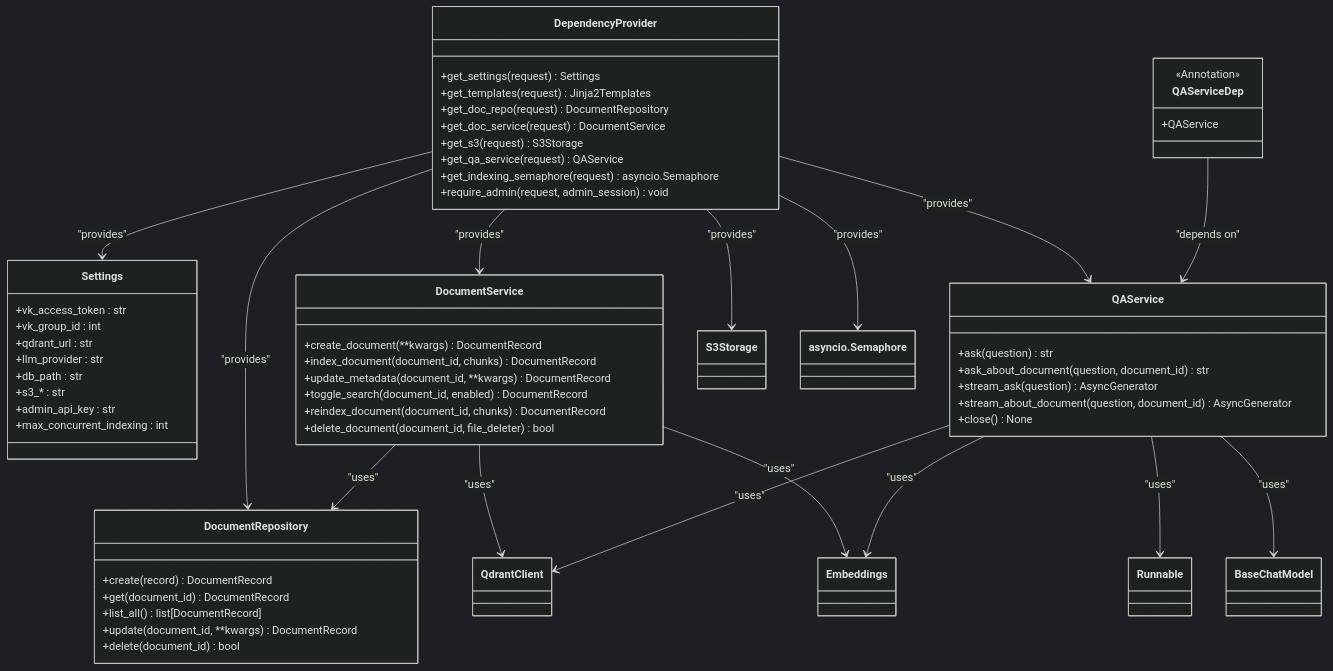
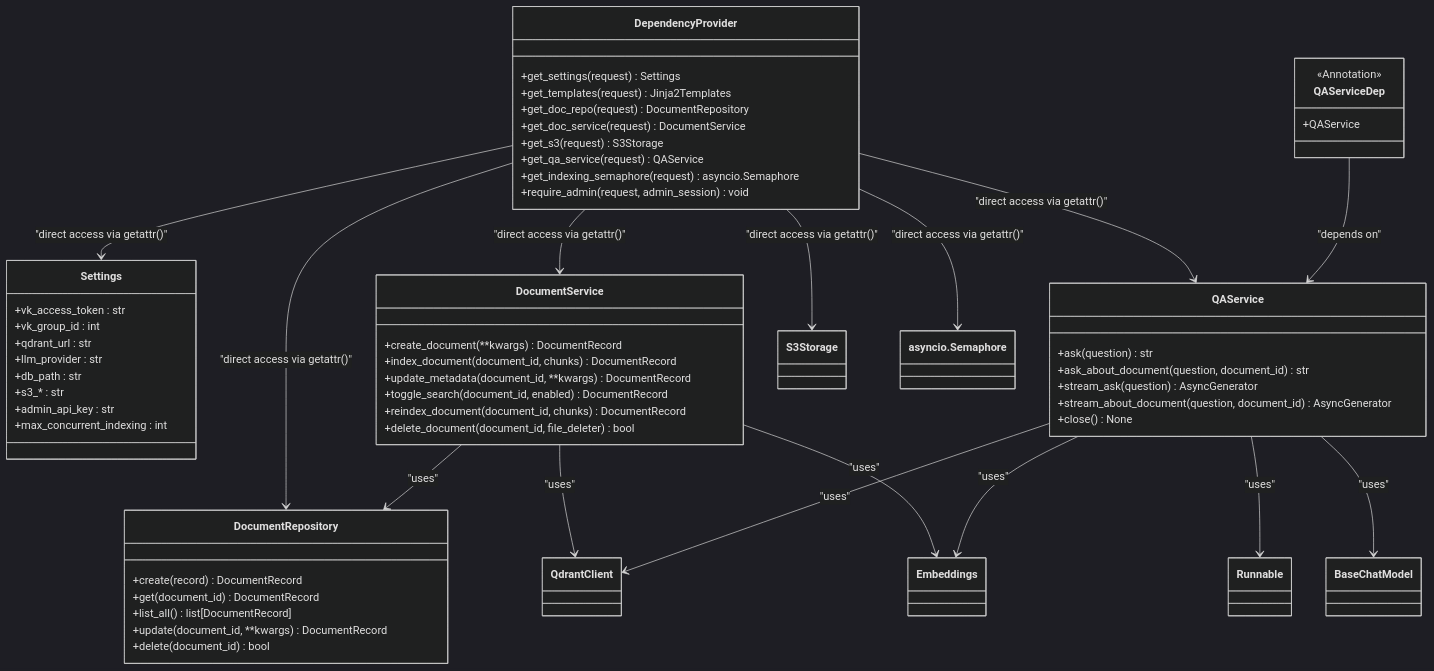
The fourth of 8 diagrams in .qoder/repowiki/en/content/API Reference/Dependency Injection System.md (ognelis/cafetera_hr_bot), drawn with Mermaid (dark theme) before and after one commit. The commit also changed other lines of this file and 20 other files, not shown here.

````diff
--- a/.qoder/repowiki/en/content/API Reference/Dependency Injection System.md
+++ b/.qoder/repowiki/en/content/API Reference/Dependency Injection System.md
@@ -235,63 +235,63 @@
 ```mermaid
 classDiagram
 class DependencyProvider {
 +get_settings(request) Settings
 +get_templates(request) Jinja2Templates
 +get_doc_repo(request) DocumentRepository
 +get_doc_service(request) DocumentService
 +get_s3(request) S3Storage
 +get_qa_service(request) QAService
 +get_indexing_semaphore(request) asyncio.Semaphore
 +require_admin(request, admin_session) void
 }
 class Settings {
 +vk_access_token : str
 +vk_group_id : int
 +qdrant_url : str
 +llm_provider : str
 +db_path : str
 +s3_* : str
 +admin_api_key : str
 +max_concurrent_indexing : int
 }
 class DocumentRepository {
 +create(record) DocumentRecord
 +get(document_id) DocumentRecord
 +list_all() list[DocumentRecord]
 +update(document_id, **kwargs) DocumentRecord
 +delete(document_id) bool
 }
 class DocumentService {
 +create_document(**kwargs) DocumentRecord
 +index_document(document_id, chunks) DocumentRecord
 +update_metadata(document_id, **kwargs) DocumentRecord
 +toggle_search(document_id, enabled) DocumentRecord
 +reindex_document(document_id, chunks) DocumentRecord
 +delete_document(document_id, file_deleter) bool
 }
 class QAService {
 +ask(question) str
 +ask_about_document(question, document_id) str
 +stream_ask(question) AsyncGenerator
 +stream_about_document(question, document_id) AsyncGenerator
 +close() None
 }
 class QAServiceDep {
 <<Annotation>>
 +QAService
 }
-DependencyProvider --> Settings : "provides"
-DependencyProvider --> DocumentRepository : "provides"
-DependencyProvider --> DocumentService : "provides"
-DependencyProvider --> QAService : "provides"
-DependencyProvider --> S3Storage : "provides"
-DependencyProvider --> asyncio.Semaphore : "provides"
+DependencyProvider --> Settings : "direct access via getattr()"
+DependencyProvider --> DocumentRepository : "direct access via getattr()"
+DependencyProvider --> DocumentService : "direct access via getattr()"
+DependencyProvider --> QAService : "direct access via getattr()"
+DependencyProvider --> S3Storage : "direct access via getattr()"
+DependencyProvider --> asyncio.Semaphore : "direct access via getattr()"
 DocumentService --> DocumentRepository : "uses"
 DocumentService --> QdrantClient : "uses"
 DocumentService --> Embeddings : "uses"
 QAService --> QdrantClient : "uses"
 QAService --> Embeddings : "uses"
 QAService --> Runnable : "uses"
 QAService --> BaseChatModel : "uses"
 QAServiceDep --> QAService : "depends on"
 ```
````
